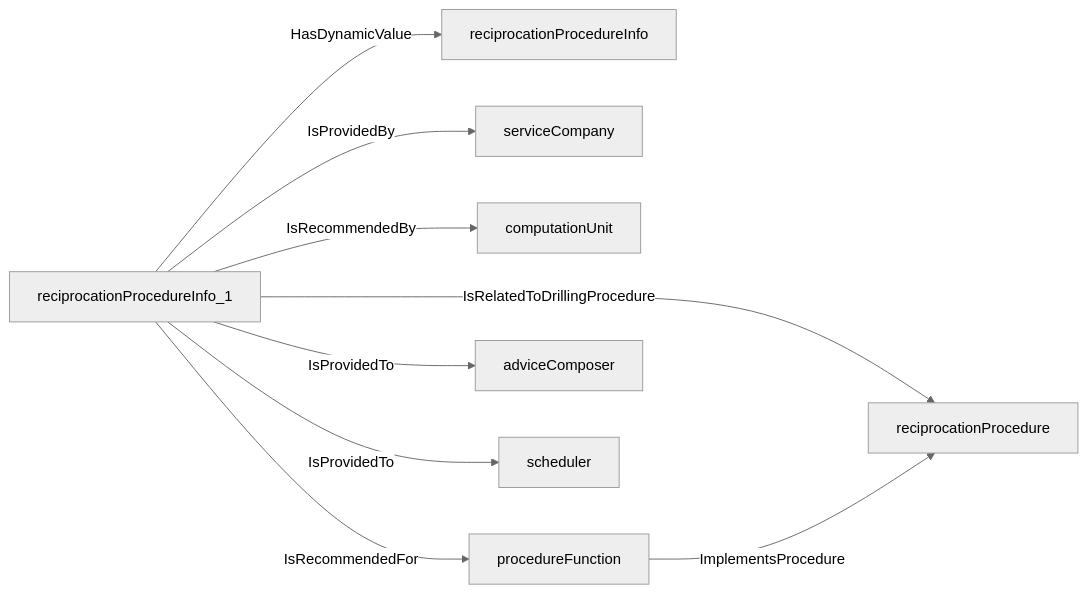
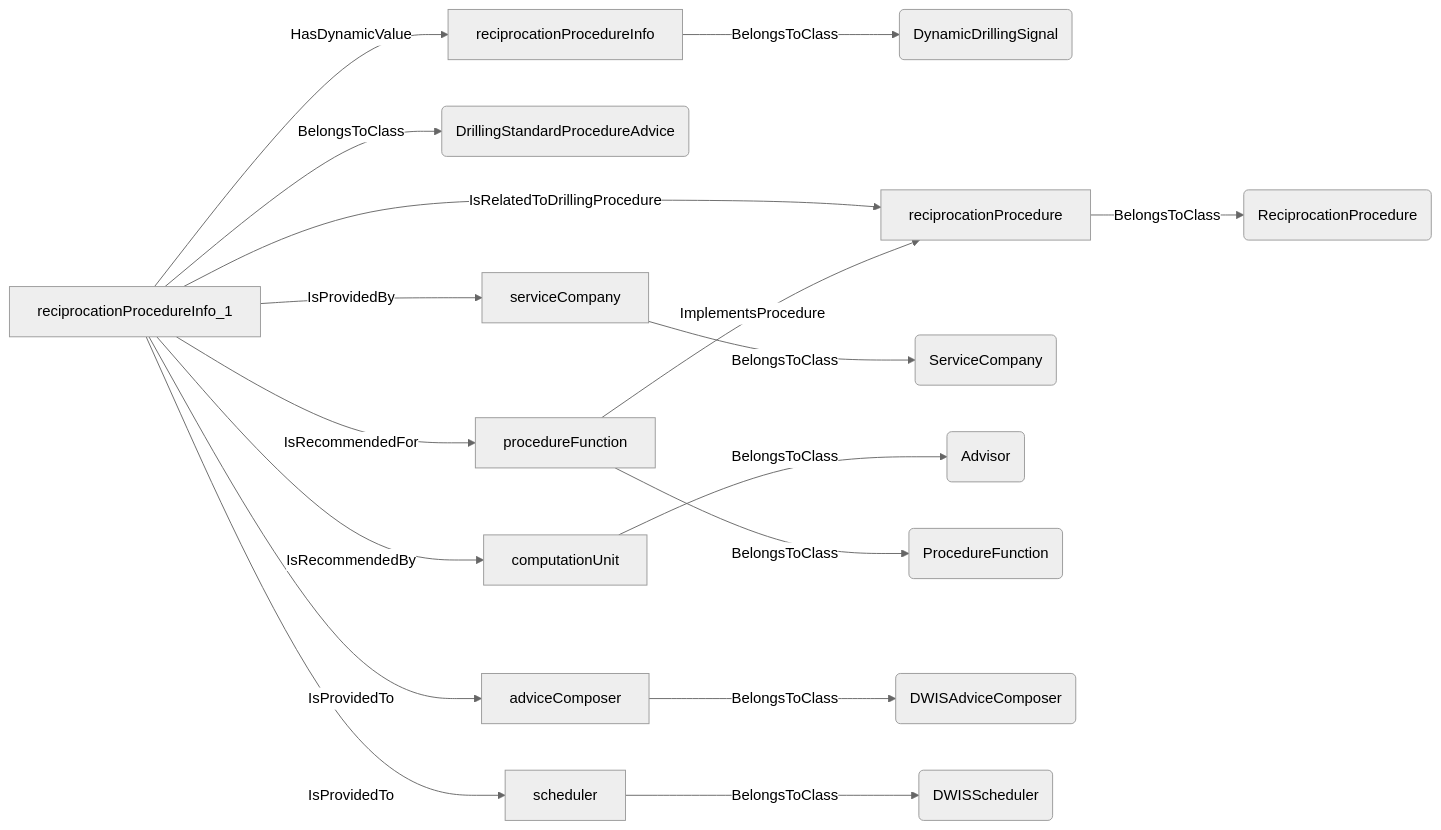
The eighth of 19 diagrams in docs/vocabulary_development/auto-generated/md/definition-files/DrillingProcedure.md (D-WIS/DDHub-Semantic-Interoperability), drawn with Mermaid (neutral theme) before and after one commit. The commit also changed other lines of this file and 14 other files, not shown here.

````diff
--- a/docs/vocabulary_development/auto-generated/md/definition-files/DrillingProcedure.md
+++ b/docs/vocabulary_development/auto-generated/md/definition-files/DrillingProcedure.md
@@ -388,11 +484,19 @@
 ```mermaid
 graph LR
-	N0000[reciprocationProcedureInfo_1] -->|HasDynamicValue| N0001[reciprocationProcedureInfo] 
-	N0000[reciprocationProcedureInfo_1] -->|IsRelatedToDrillingProcedure| N0002[reciprocationProcedure] 
-	N0000[reciprocationProcedureInfo_1] -->|IsProvidedBy| N0003[serviceCompany] 
-	N0000[reciprocationProcedureInfo_1] -->|IsRecommendedBy| N0004[computationUnit] 
-	N0005[procedureFunction] -->|ImplementsProcedure| N0002[reciprocationProcedure] 
-	N0000[reciprocationProcedureInfo_1] -->|IsRecommendedFor| N0005[procedureFunction] 
-	N0000[reciprocationProcedureInfo_1] -->|IsProvidedTo| N0006[adviceComposer] 
-	N0000[reciprocationProcedureInfo_1] -->|IsProvidedTo| N0007[scheduler] 
+	N0000[reciprocationProcedureInfo] -->|BelongsToClass| N0001(DynamicDrillingSignal) 
+	N0002[reciprocationProcedureInfo_1] -->|BelongsToClass| N0003(DrillingStandardProcedureAdvice) 
+	N0002[reciprocationProcedureInfo_1] -->|HasDynamicValue| N0000[reciprocationProcedureInfo] 
+	N0004[reciprocationProcedure] -->|BelongsToClass| N0005(ReciprocationProcedure) 
+	N0002[reciprocationProcedureInfo_1] -->|IsRelatedToDrillingProcedure| N0004[reciprocationProcedure] 
+	N0006[serviceCompany] -->|BelongsToClass| N0007(ServiceCompany) 
+	N0002[reciprocationProcedureInfo_1] -->|IsProvidedBy| N0006[serviceCompany] 
+	N0008[computationUnit] -->|BelongsToClass| N0009(Advisor) 
+	N0002[reciprocationProcedureInfo_1] -->|IsRecommendedBy| N0008[computationUnit] 
+	N0010[procedureFunction] -->|BelongsToClass| N0011(ProcedureFunction) 
+	N0010[procedureFunction] -->|ImplementsProcedure| N0004[reciprocationProcedure] 
+	N0002[reciprocationProcedureInfo_1] -->|IsRecommendedFor| N0010[procedureFunction] 
+	N0012[adviceComposer] -->|BelongsToClass| N0013(DWISAdviceComposer) 
+	N0002[reciprocationProcedureInfo_1] -->|IsProvidedTo| N0012[adviceComposer] 
+	N0014[scheduler] -->|BelongsToClass| N0015(DWISScheduler) 
+	N0002[reciprocationProcedureInfo_1] -->|IsProvidedTo| N0014[scheduler] 
 ```
````
